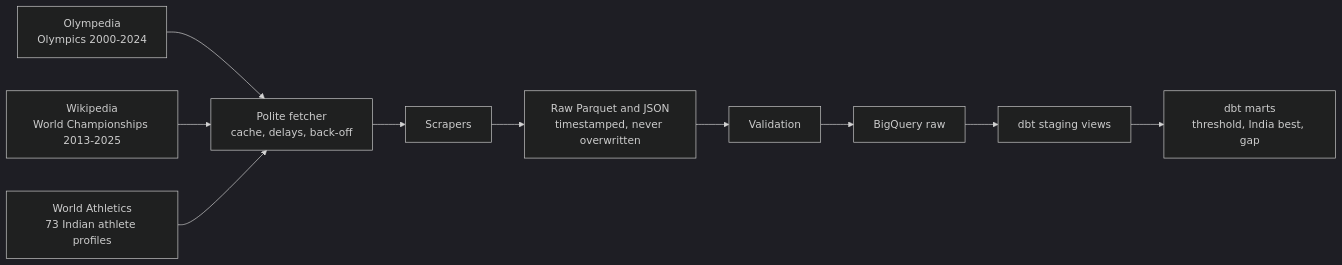
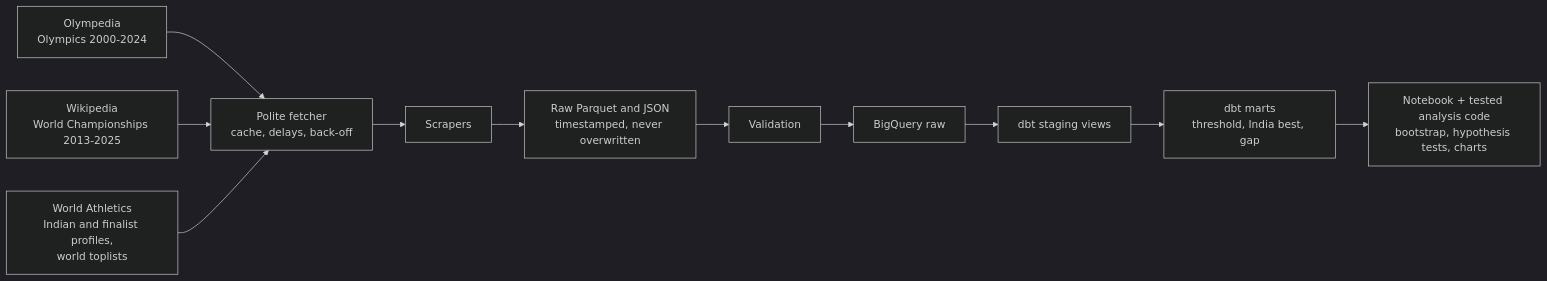
Before and after one commit to rohithjagan05/GapToPodium: the diagram in README.md, drawn with Mermaid (dark theme). The commit also changed other lines of this file, not shown here.

Commit message:
Phase 3: statistics, charts and README findings

````diff
--- a/README.md
+++ b/README.md
@@ -46,12 +84,13 @@
 ```mermaid
 flowchart LR
     A[Olympedia<br/>Olympics 2000-2024] --> F
     B[Wikipedia<br/>World Championships 2013-2025] --> F
-    C[World Athletics<br/>73 Indian athlete profiles] --> F
+    C[World Athletics<br/>Indian and finalist profiles,<br/>world toplists] --> F
     F[Polite fetcher<br/>cache, delays, back-off] --> S[Scrapers]
     S --> R[Raw Parquet and JSON<br/>timestamped, never overwritten]
     R --> V[Validation]
     V --> BQ[BigQuery raw]
     BQ --> D[dbt staging views]
     D --> M[dbt marts<br/>threshold, India best, gap]
+    M --> N[Notebook + tested analysis code<br/>bootstrap, hypothesis tests, charts]
 ```
````
